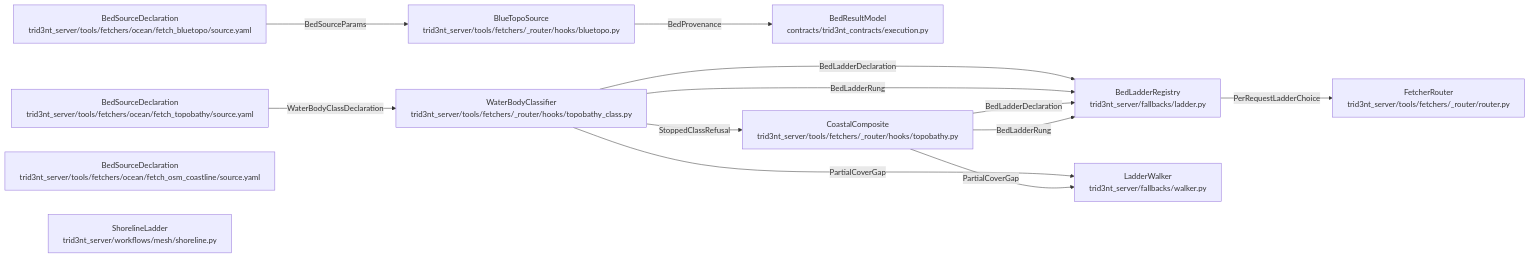
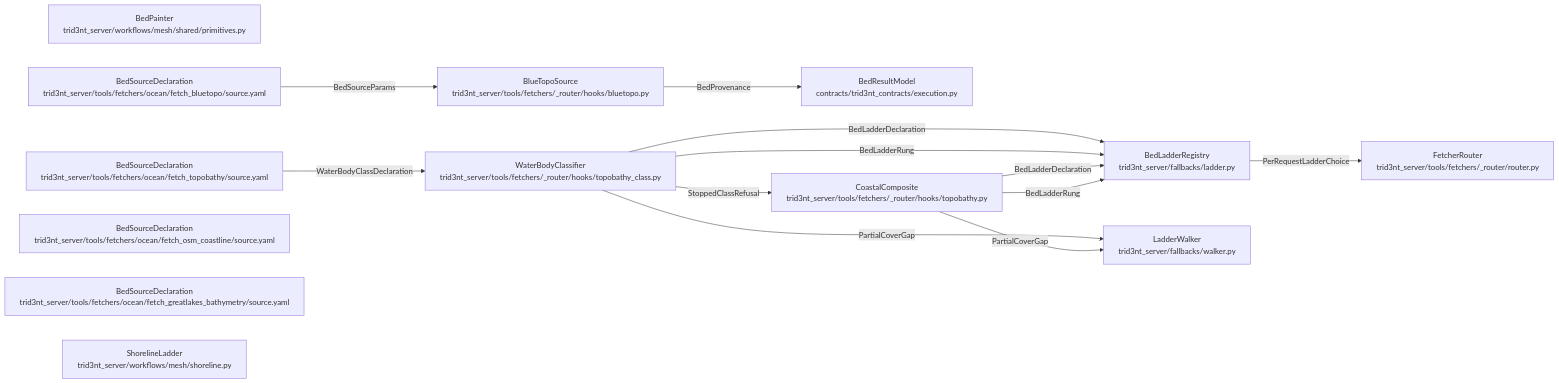
Before and after one commit to double-r-squared/trid3nt-qgis-plugin: the diagram in docs/model/data-seam-view.md, drawn with Mermaid. The commit also changed other lines of this file and 23 other files, not shown here.

First line of the commit message:
data: a bed source states the datum its elevations are counted from

````diff
--- a/docs/model/data-seam-view.md
+++ b/docs/model/data-seam-view.md
@@ -9,25 +9,27 @@
 ```mermaid
 flowchart LR
     bedLadderRegistry["BedLadderRegistry<br/>trid3nt_server/fallbacks/ladder.py"]
+    bedPainter["BedPainter<br/>trid3nt_server/workflows/mesh/shared/primitives.py"]
     bedResultModel["BedResultModel<br/>contracts/trid3nt_contracts/execution.py"]
     blueTopoDeclaration["BedSourceDeclaration<br/>trid3nt_server/tools/fetchers/ocean/fetch_bluetopo/source.yaml"]
     blueTopoSource["BlueTopoSource<br/>trid3nt_server/tools/fetchers/_router/hooks/bluetopo.py"]
     coastalComposite["CoastalComposite<br/>trid3nt_server/tools/fetchers/_router/hooks/topobathy.py"]
     coastalDeclaration["BedSourceDeclaration<br/>trid3nt_server/tools/fetchers/ocean/fetch_topobathy/source.yaml"]
     coastlineDeclaration["BedSourceDeclaration<br/>trid3nt_server/tools/fetchers/ocean/fetch_osm_coastline/source.yaml"]
     fetcherRouter["FetcherRouter<br/>trid3nt_server/tools/fetchers/_router/router.py"]
     ladderWalker["LadderWalker<br/>trid3nt_server/fallbacks/walker.py"]
+    lakeDeclaration["BedSourceDeclaration<br/>trid3nt_server/tools/fetchers/ocean/fetch_greatlakes_bathymetry/source.yaml"]
     shorelineLadder["ShorelineLadder<br/>trid3nt_server/workflows/mesh/shoreline.py"]
     waterBodyClassifier["WaterBodyClassifier<br/>trid3nt_server/tools/fetchers/_router/hooks/topobathy_class.py"]
     blueTopoSource -- "BedProvenance" --> bedResultModel
     blueTopoDeclaration -- "BedSourceParams" --> blueTopoSource
     waterBodyClassifier -- "PartialCoverGap" --> ladderWalker
     waterBodyClassifier -- "BedLadderDeclaration" --> bedLadderRegistry
     waterBodyClassifier -- "BedLadderRung" --> bedLadderRegistry
     coastalDeclaration -- "WaterBodyClassDeclaration" --> waterBodyClassifier
     coastalComposite -- "PartialCoverGap" --> ladderWalker
     coastalComposite -- "BedLadderDeclaration" --> bedLadderRegistry
     coastalComposite -- "BedLadderRung" --> bedLadderRegistry
     bedLadderRegistry -- "PerRequestLadderChoice" --> fetcherRouter
     waterBodyClassifier -- "StoppedClassRefusal" --> coastalComposite
 ```
````
